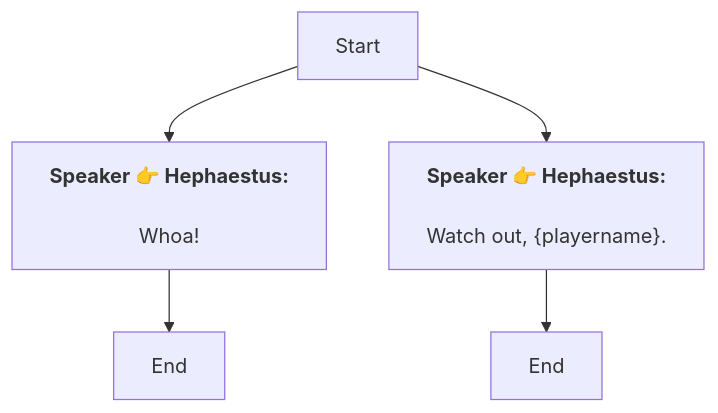
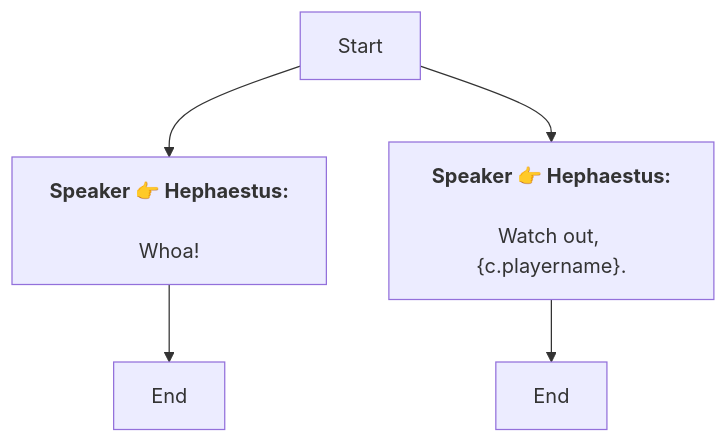
The diagram in En/Heart_4_1_6_5.md (SoftHu/tos_avg), drawn with Mermaid before and after one commit. The commit also changed 410 other files, not shown here.

````diff
--- a/En/Heart_4_1_6_5.md
+++ b/En/Heart_4_1_6_5.md
@@ -1,11 +1,10 @@
 ```mermaid
 graph
 Start -->1772329509187768[<b>Speaker 👉 Hephaestus:</b>
-\nWhoa! 
-]
+\nWhoa!]
 1772329509187768 -->1772330513806437[End]
 Start -->1772330532801639[<b>Speaker 👉 Hephaestus:</b>
-\nWatch out, &lbrace;playername&rbrace;. ]
+\nWatch out, &lbrace;c.playername&rbrace;.]
 1772330532801639 -->1772330548528232[End]
 
 ```
````
